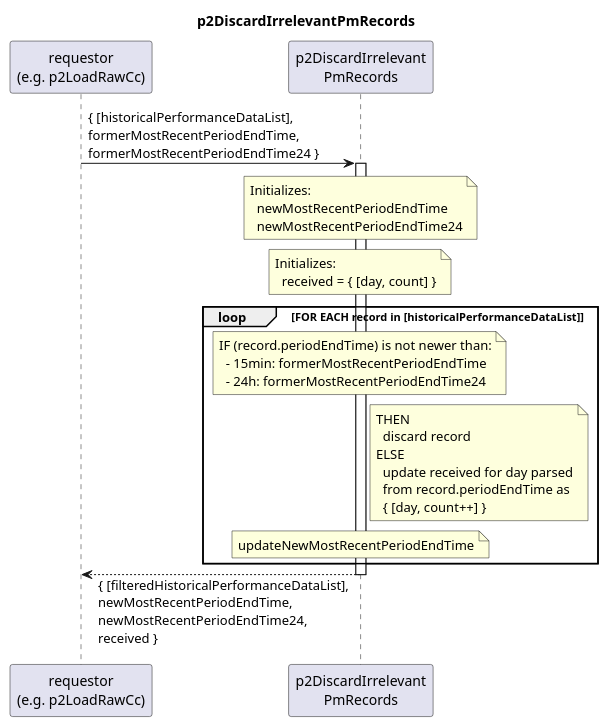
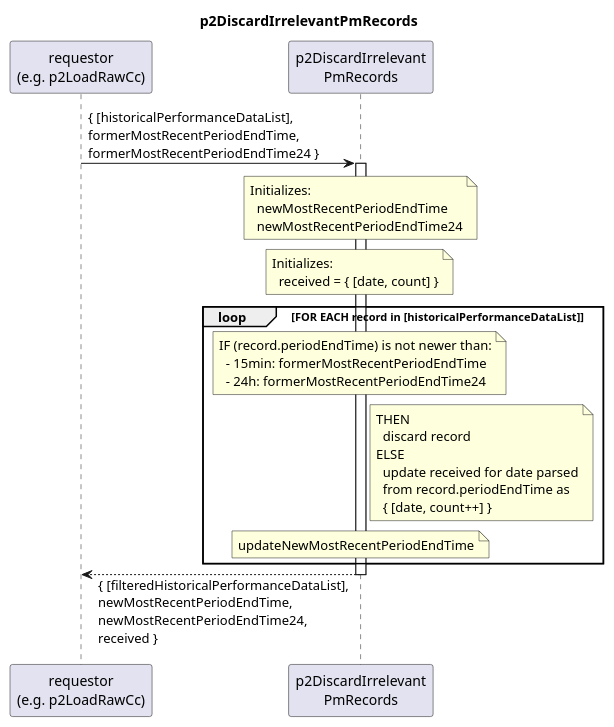
The diagram in spec/Functions/p1StreamPmData/p2ProcessDevice/p2LoadRawCc/p2DiscardIrrelevantPmRecords/1.0.0/p2DiscardIrrelevantPmRecords.plantuml (openBackhaul/DevicePerformanceManagementDataProcessor), drawn with PlantUML before and after one commit. The commit also changed 4 other files, not shown here.

Commit message:
change day to date in p2Discard

```diff
--- a/spec/Functions/p1StreamPmData/p2ProcessDevice/p2LoadRawCc/p2DiscardIrrelevantPmRecords/1.0.0/p2DiscardIrrelevantPmRecords.plantuml
+++ b/spec/Functions/p1StreamPmData/p2ProcessDevice/p2LoadRawCc/p2DiscardIrrelevantPmRecords/1.0.0/p2DiscardIrrelevantPmRecords.plantuml
@@ -1,52 +1,52 @@
 @startuml p2DiscardIrrelevantPmRecords
 skinparam responseMessageBelowArrow true
 
 title
   p2DiscardIrrelevantPmRecords
 end title
 
 participant "requestor\n(e.g. p2LoadRawCc)" as requestor
 participant "p2DiscardIrrelevant\nPmRecords" as cur
 
 
 requestor -> cur: { [historicalPerformanceDataList],\nformerMostRecentPeriodEndTime,\nformerMostRecentPeriodEndTime24 }
 
 activate cur
 
   note over cur
     Initializes:
       newMostRecentPeriodEndTime
       newMostRecentPeriodEndTime24
   end note
   note over cur
     Initializes:
-      received = { [day, count] }
+      received = { [date, count] }
   end note
 
   loop FOR EACH record in [historicalPerformanceDataList]
 
     note over cur
       IF (record.periodEndTime) is not newer than:
         - 15min: formerMostRecentPeriodEndTime
         - 24h: formerMostRecentPeriodEndTime24
     end note
     note right cur
       THEN
         discard record
       ELSE
-        update received for day parsed
+        update received for date parsed
         from record.periodEndTime as
-        { [day, count++] }
+        { [date, count++] }
     end note
 
     note over cur
       updateNewMostRecentPeriodEndTime
     end note
 
   end loop
 
 requestor <-- cur: { [filteredHistoricalPerformanceDataList],\nnewMostRecentPeriodEndTime,\nnewMostRecentPeriodEndTime24,\nreceived }
 
 deactivate cur
 
 @enduml
```
